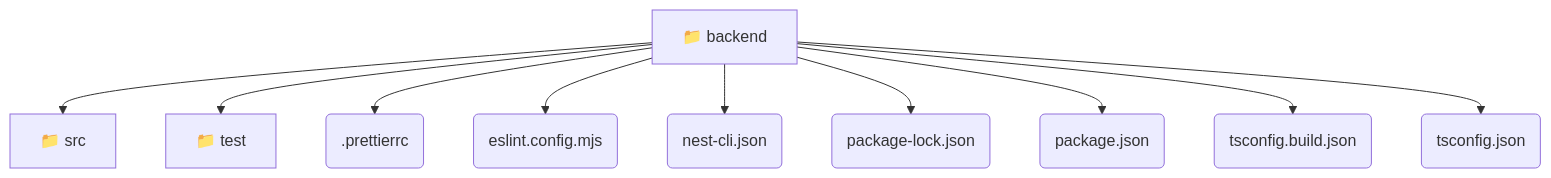
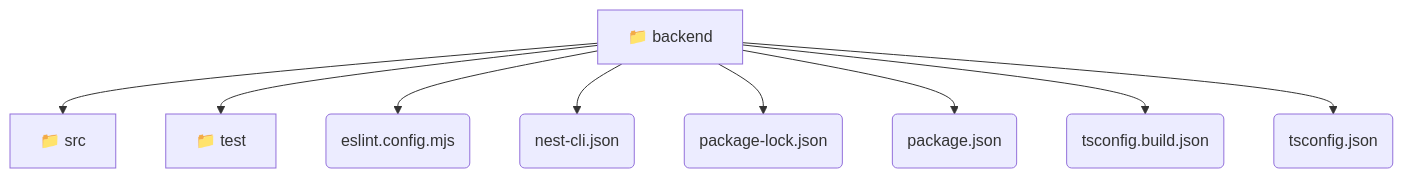
The diagram in backend/README.md (beginwebdev2002/fullstack-mavluda), drawn with Mermaid before and after one commit. The commit also changed other lines of this file and 155 other files, not shown here.

First line of the commit message:
docs: auto-generate architectural README files across repository

````diff
--- a/backend/README.md
+++ b/backend/README.md
@@ -9,13 +9,12 @@
 ```mermaid
 graph TD
   backend[📁 backend]
   backend --> backend_src[📁 src]
   backend --> backend_test[📁 test]
-  backend --> backend__prettierrc(.prettierrc)
   backend --> backend_eslint_config_mjs(eslint.config.mjs)
   backend --> backend_nest_cli_json(nest-cli.json)
   backend --> backend_package_lock_json(package-lock.json)
   backend --> backend_package_json(package.json)
   backend --> backend_tsconfig_build_json(tsconfig.build.json)
   backend --> backend_tsconfig_json(tsconfig.json)
 ```
````
